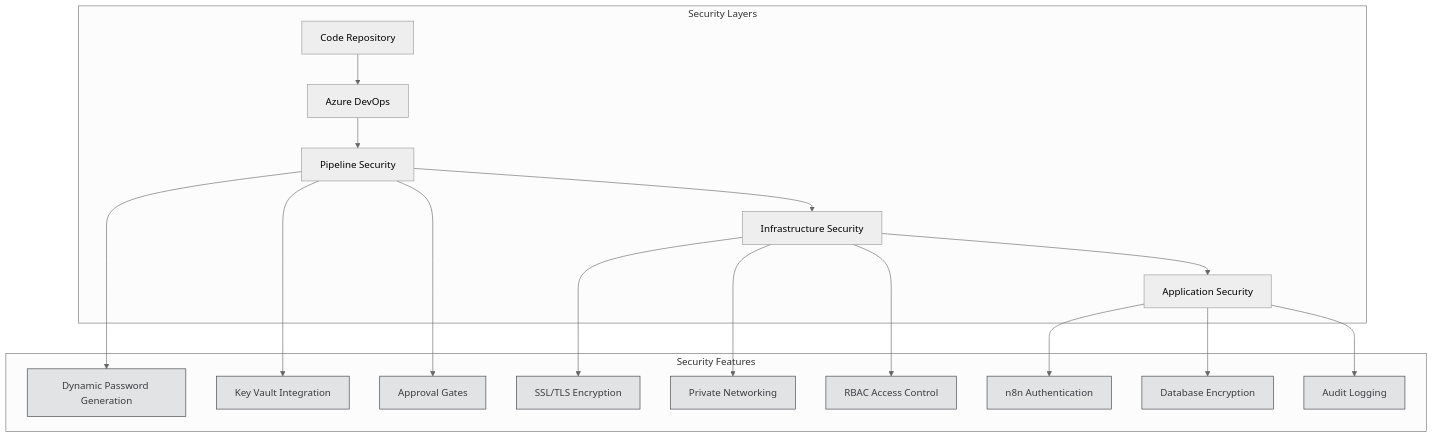
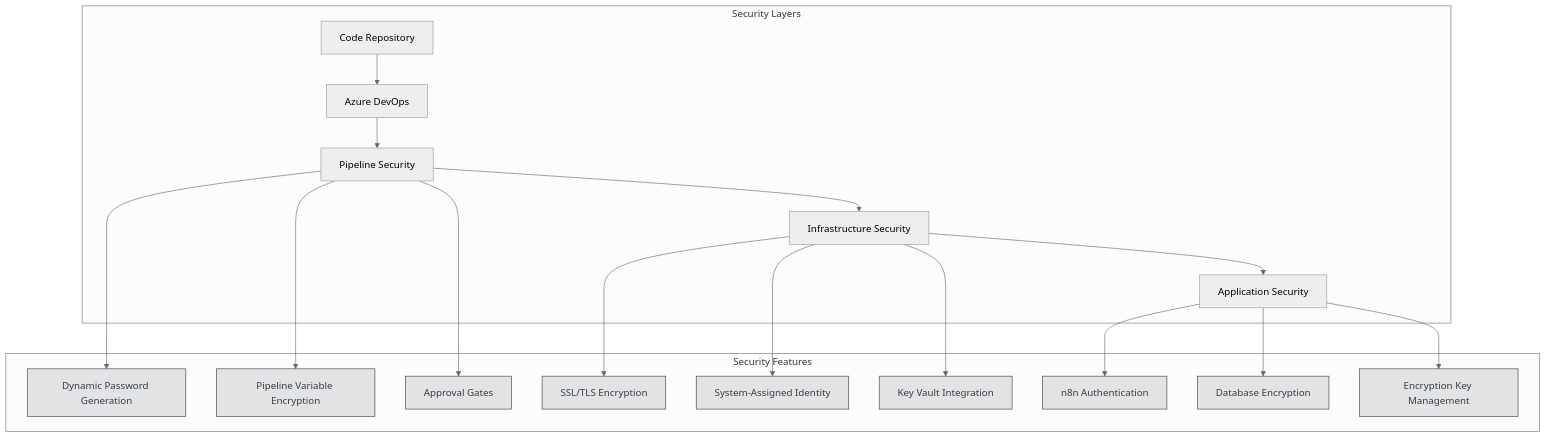
Diagram 12 of 12 in docs/cicd-pipeline.md (srmds/n8n-azure-apps-quick-starter), drawn with Mermaid (neutral theme) before and after one commit. The commit also changed other lines of this file and 15 other files, not shown here.

````diff
--- a/docs/cicd-pipeline.md
+++ b/docs/cicd-pipeline.md
@@ -360,26 +406,26 @@
 ```mermaid
 graph TB
     subgraph "Security Layers"
         A[Code Repository] --> B[Azure DevOps]
         B --> C[Pipeline Security]
         C --> D[Infrastructure Security]
         D --> E[Application Security]
     end
 
     subgraph "Security Features"
         C --> C1[Dynamic Password Generation]
-        C --> C2[Key Vault Integration]
+        C --> C2[Pipeline Variable Encryption]
         C --> C3[Approval Gates]
         
         D --> D1[SSL/TLS Encryption]
-        D --> D2[Private Networking]
-        D --> D3[RBAC Access Control]
+        D --> D2[System-Assigned Identity]
+        D --> D3[Key Vault Integration]
         
         E --> E1[n8n Authentication]
         E --> E2[Database Encryption]
-        E --> E3[Audit Logging]
+        E --> E3[Encryption Key Management]
     end
 
     classDef security fill:#e2e3e5,stroke:#383d41,color:#383d41
     class C1,C2,C3,D1,D2,D3,E1,E2,E3 security
 ```
````
